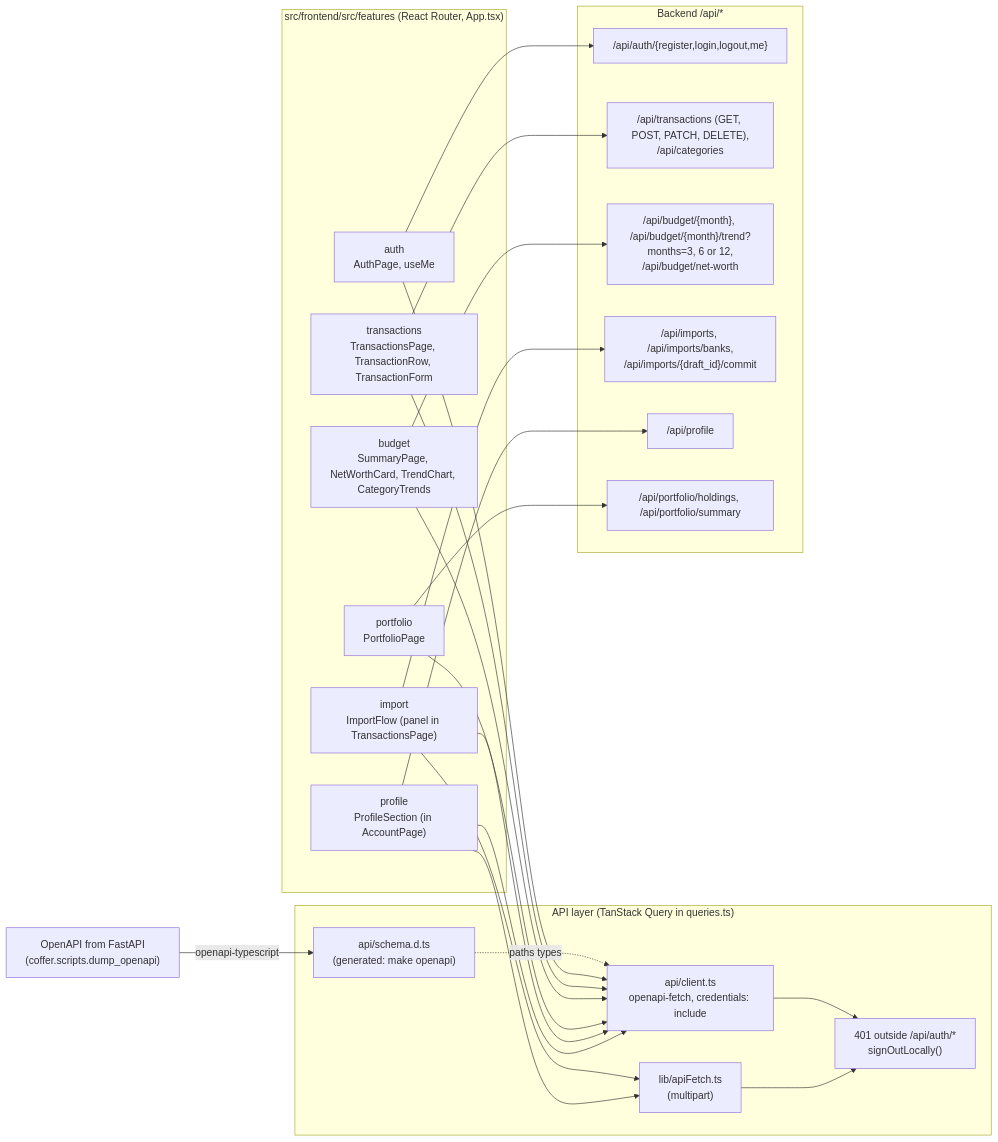
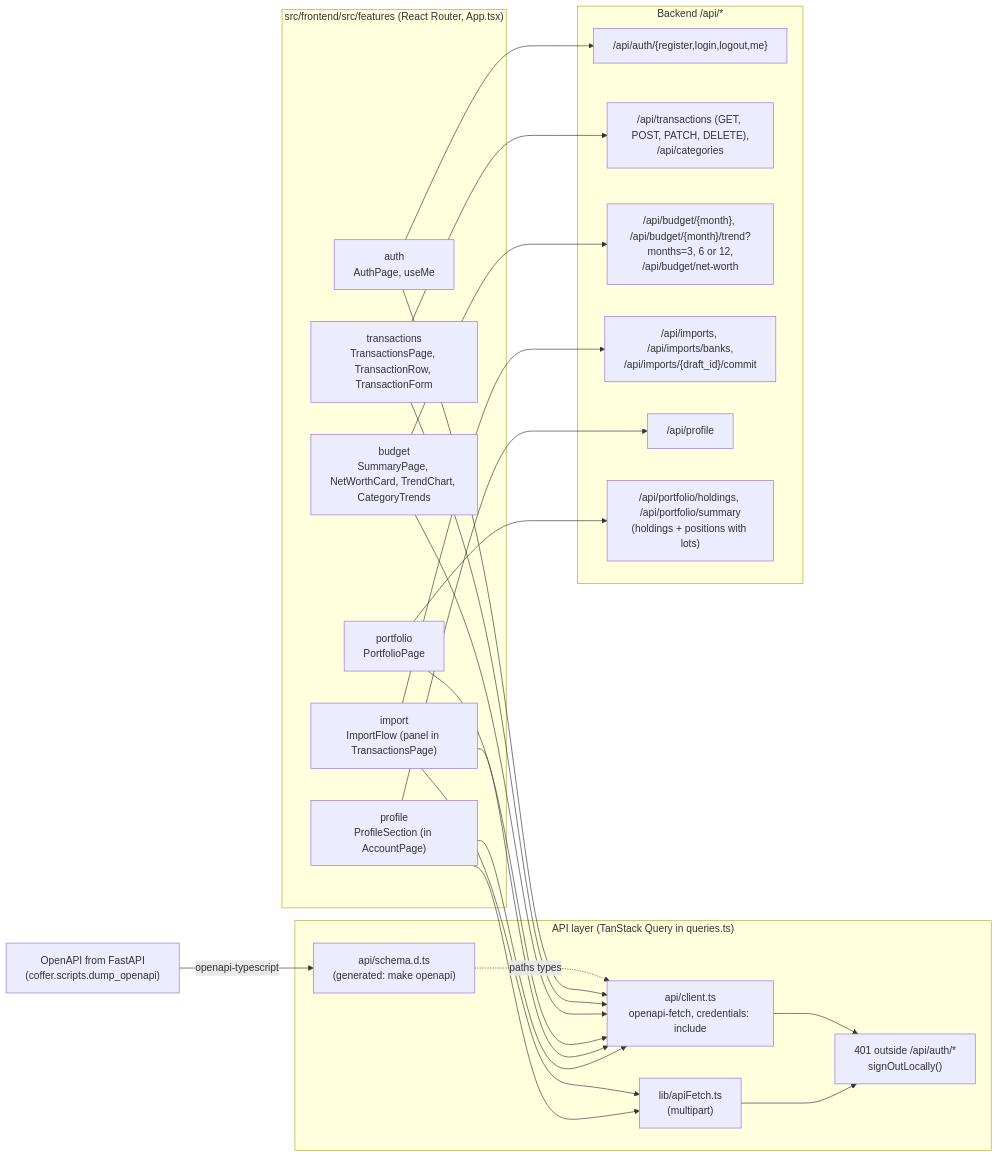
Before and after one commit to krzysztof-wojtowicz/coffer-demo: the fourth of 5 diagrams in docs/architecture.md, drawn with Mermaid. The commit also changed 22 other files, not shown here.

First line of the commit message:
wallet-grouped-positions: grouped wallet positions with expandable lots, filters and sorting

````diff
--- a/docs/architecture.md
+++ b/docs/architecture.md
@@ -165,46 +165,46 @@
 ```mermaid
 flowchart LR
     subgraph pages["src/frontend/src/features (React Router, App.tsx)"]
         auth["auth<br/>AuthPage, useMe"]
         tx["transactions<br/>TransactionsPage, TransactionRow, TransactionForm"]
         bud["budget<br/>SummaryPage, NetWorthCard, TrendChart, CategoryTrends"]
         imp["import<br/>ImportFlow (panel in TransactionsPage)"]
         prof["profile<br/>ProfileSection (in AccountPage)"]
         port["portfolio<br/>PortfolioPage"]
     end
 
     subgraph apilayer["API layer (TanStack Query in queries.ts)"]
         client["api/client.ts<br/>openapi-fetch, credentials: include"]
         schema["api/schema.d.ts<br/>(generated: make openapi)"]
         rawfetch["lib/apiFetch.ts<br/>(multipart)"]
         guard["401 outside /api/auth/*<br/>signOutLocally()"]
     end
 
     openapi["OpenAPI from FastAPI<br/>(coffer.scripts.dump_openapi)"]
 
     subgraph endpoints["Backend /api/*"]
         e_auth["/api/auth/{register,login,logout,me}"]
         e_tx["/api/transactions (GET, POST, PATCH, DELETE),<br/>/api/categories"]
         e_bud["/api/budget/{month}, /api/budget/{month}/trend?months=3, 6 or 12,<br/>/api/budget/net-worth"]
         e_imp["/api/imports, /api/imports/banks,<br/>/api/imports/{draft_id}/commit"]
         e_prof["/api/profile"]
-        e_port["/api/portfolio/holdings, /api/portfolio/summary"]
+        e_port["/api/portfolio/holdings, /api/portfolio/summary<br/>(holdings + positions with lots)"]
     end
 
     openapi -->|"openapi-typescript"| schema
     schema -.->|"paths types"| client
     auth & tx & bud & port --> client
     imp --> client
     imp --> rawfetch
     prof --> client
     prof --> rawfetch
     client --> guard
     rawfetch --> guard
 
     auth --> e_auth
     tx --> e_tx
     bud --> e_bud
     imp --> e_imp
     prof --> e_prof
     port --> e_port
 ```
````
